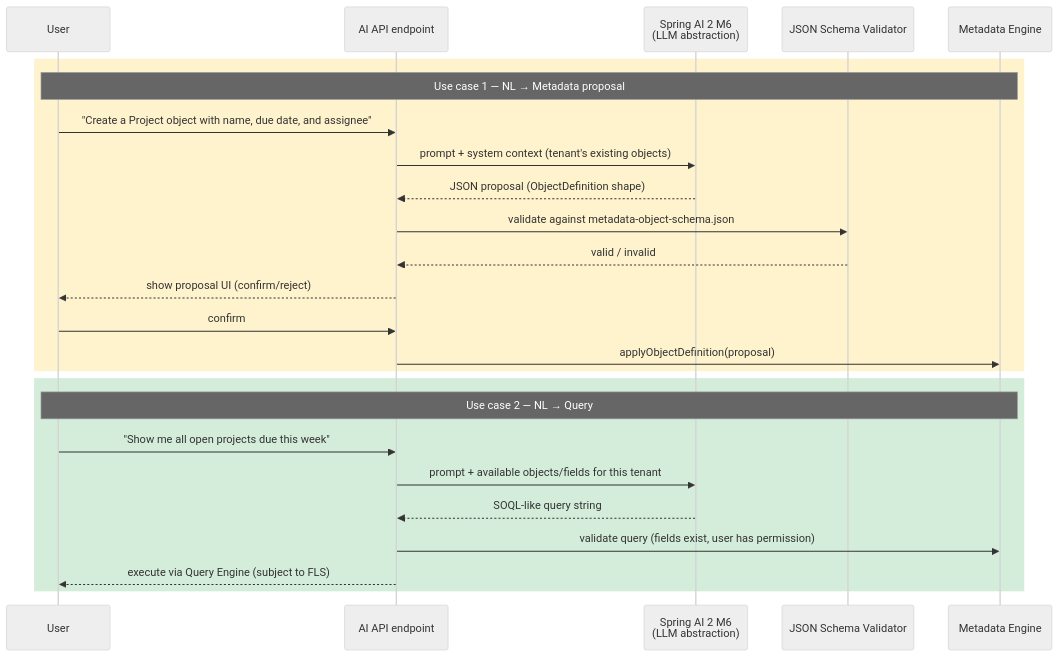
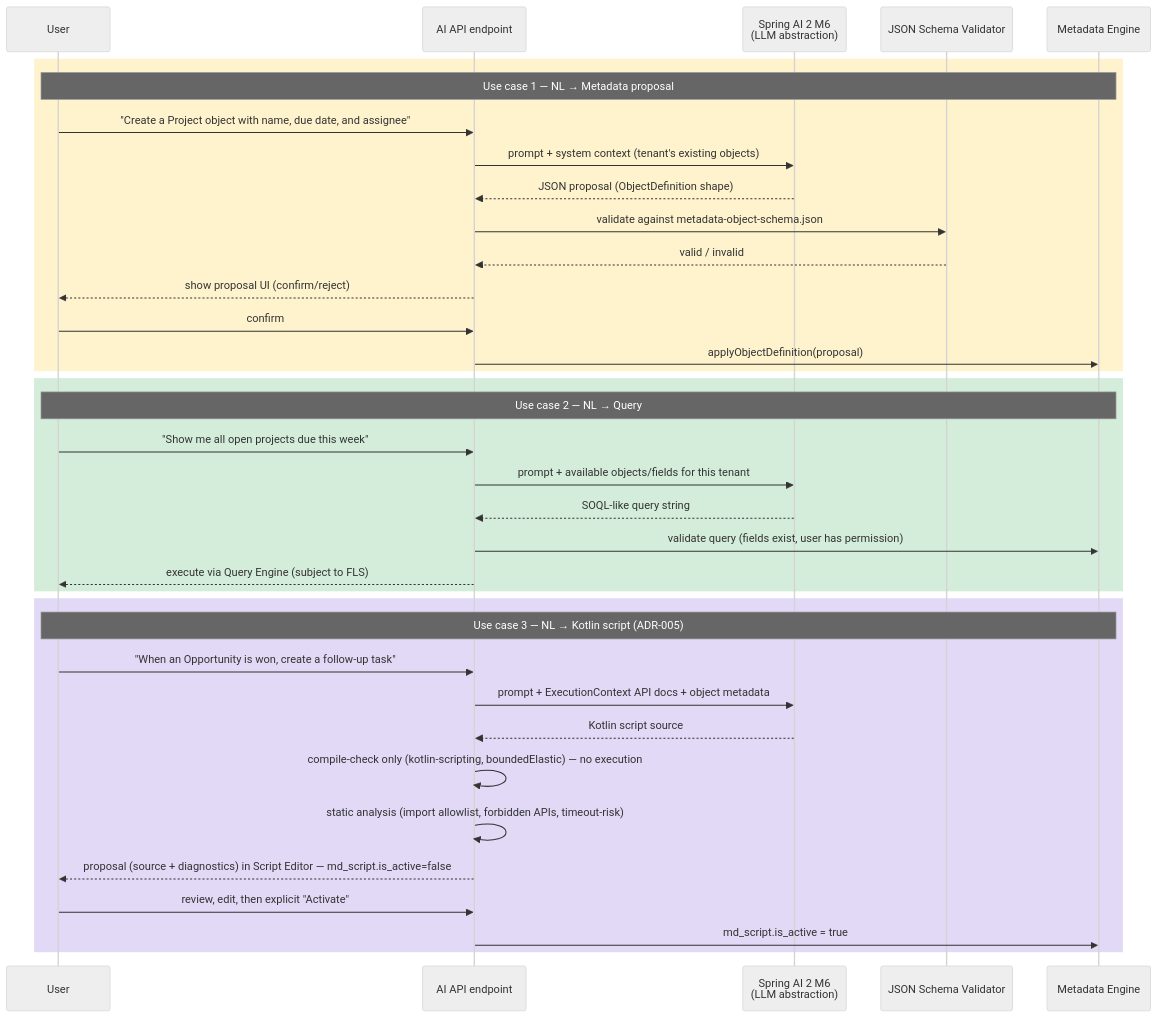
Diagram 14 of 20 in docs/ARCHITECTURE.md (hneyra/osc), drawn with Mermaid (neutral theme) before and after one commit. The commit also changed other lines of this file and 15 other files, not shown here.

First line of the commit message:
docs: add Kotlin Scripting and extended metadata model design (ADR-005, ADR-006)

````diff
--- a/docs/ARCHITECTURE.md
+++ b/docs/ARCHITECTURE.md
@@ -501,29 +609,41 @@
 ```mermaid
 sequenceDiagram
     participant User
     participant AIAPI as AI API endpoint
     participant SpringAI as Spring AI 2 M6<br/>(LLM abstraction)
     participant Schema as JSON Schema Validator
     participant Meta as Metadata Engine
 
     rect rgb(255, 243, 205)
         Note over User,Meta: Use case 1 — NL → Metadata proposal
         User->>AIAPI: "Create a Project object with name, due date, and assignee"
         AIAPI->>SpringAI: prompt + system context (tenant's existing objects)
         SpringAI-->>AIAPI: JSON proposal (ObjectDefinition shape)
         AIAPI->>Schema: validate against metadata-object-schema.json
         Schema-->>AIAPI: valid / invalid
         AIAPI-->>User: show proposal UI (confirm/reject)
         User->>AIAPI: confirm
         AIAPI->>Meta: applyObjectDefinition(proposal)
     end
 
     rect rgb(212, 237, 218)
         Note over User,Meta: Use case 2 — NL → Query
         User->>AIAPI: "Show me all open projects due this week"
         AIAPI->>SpringAI: prompt + available objects/fields for this tenant
         SpringAI-->>AIAPI: SOQL-like query string
         AIAPI->>Meta: validate query (fields exist, user has permission)
         AIAPI-->>User: execute via Query Engine (subject to FLS)
     end
+
+    rect rgb(225, 217, 245)
+        Note over User,Meta: Use case 3 — NL → Kotlin script (ADR-005)
+        User->>AIAPI: "When an Opportunity is won, create a follow-up task"
+        AIAPI->>SpringAI: prompt + ExecutionContext API docs + object metadata
+        SpringAI-->>AIAPI: Kotlin script source
+        AIAPI->>AIAPI: compile-check only (kotlin-scripting, boundedElastic) — no execution
+        AIAPI->>AIAPI: static analysis (import allowlist, forbidden APIs, timeout-risk)
+        AIAPI-->>User: proposal (source + diagnostics) in Script Editor — md_script.is_active=false
+        User->>AIAPI: review, edit, then explicit "Activate"
+        AIAPI->>Meta: md_script.is_active = true
+    end
 ```
````
